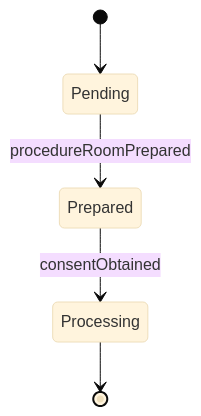
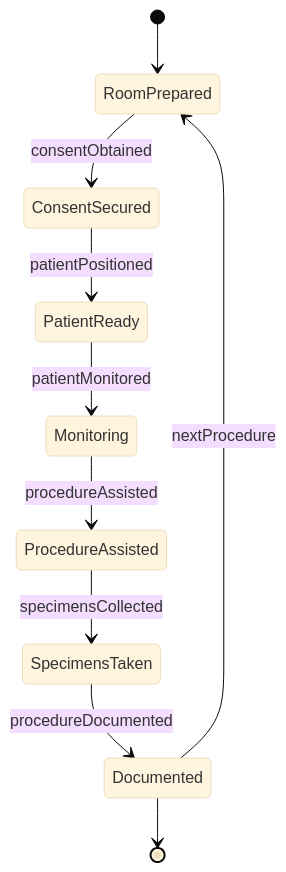
The second of 4 diagrams in AssistingAndCaringForOthers/AssistHealthcarePractitionersDuringMedicalProcedures/AssistPractitionersPerformMedicalProcedures.mdx (dot-org-ai/tasks.org.ai), drawn with Mermaid (base theme) before and after one commit. The commit also changed other lines of this file and 32 other files, not shown here.

First line of the commit message:
fix: Improve ER and State diagrams in 32 AssistingAndCaringForOthers DWA files

````diff
--- a/AssistingAndCaringForOthers/AssistHealthcarePractitionersDuringMedicalProcedures/AssistPractitionersPerformMedicalProcedures.mdx
+++ b/AssistingAndCaringForOthers/AssistHealthcarePractitionersDuringMedicalProcedures/AssistPractitionersPerformMedicalProcedures.mdx
@@ -99,7 +99,12 @@
 ```mermaid
 stateDiagram-v2
-    [*] --> Pending
-    Pending --> Prepared : procedureRoomPrepared
-    Prepared --> Processing : consentObtained
-    Processing --> [*]
+    [*] --> RoomPrepared
+    RoomPrepared --> ConsentSecured : consentObtained
+    ConsentSecured --> PatientReady : patientPositioned
+    PatientReady --> Monitoring : patientMonitored
+    Monitoring --> ProcedureAssisted : procedureAssisted
+    ProcedureAssisted --> SpecimensTaken : specimensCollected
+    SpecimensTaken --> Documented : procedureDocumented
+    Documented --> RoomPrepared : nextProcedure
+    Documented --> [*]
 ```
````
